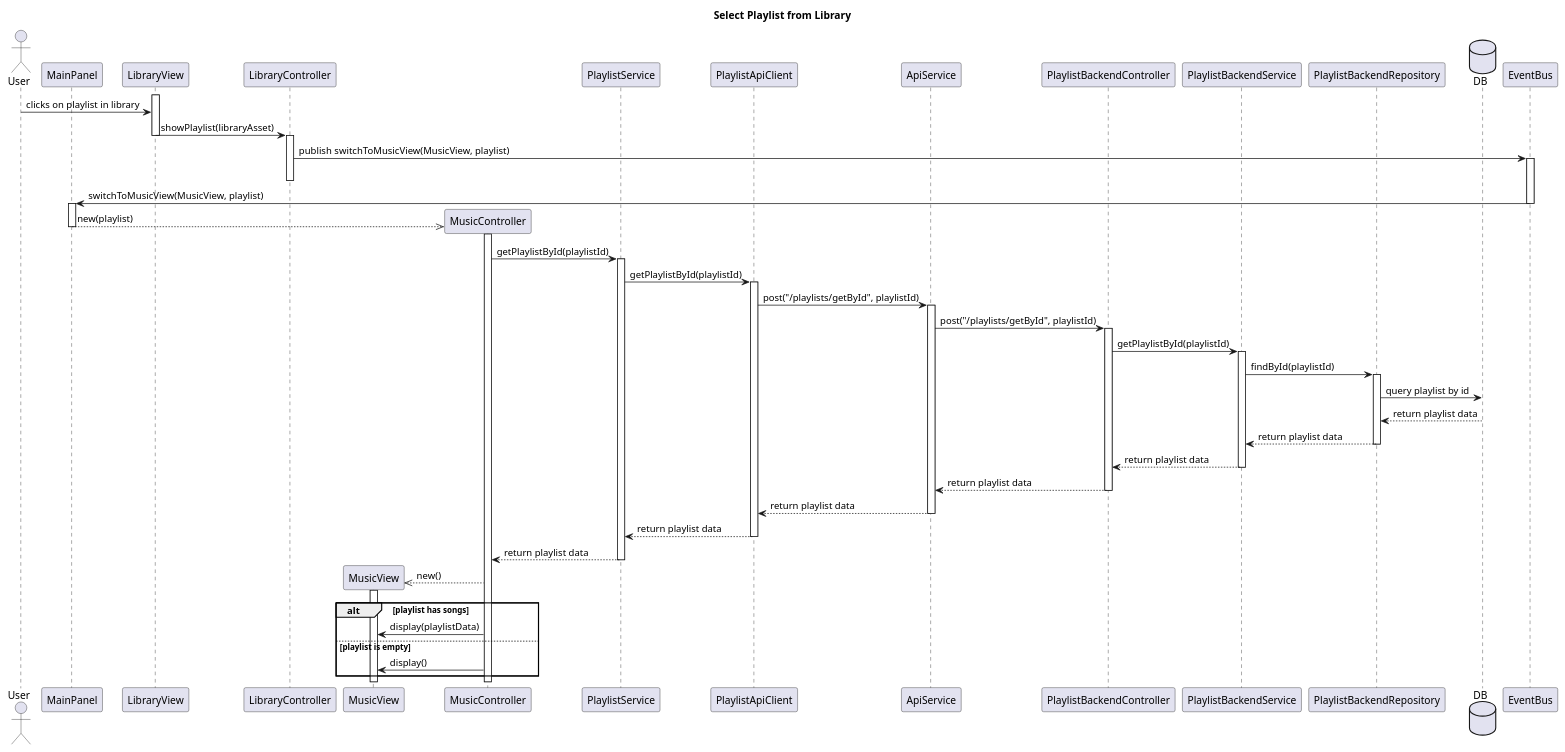
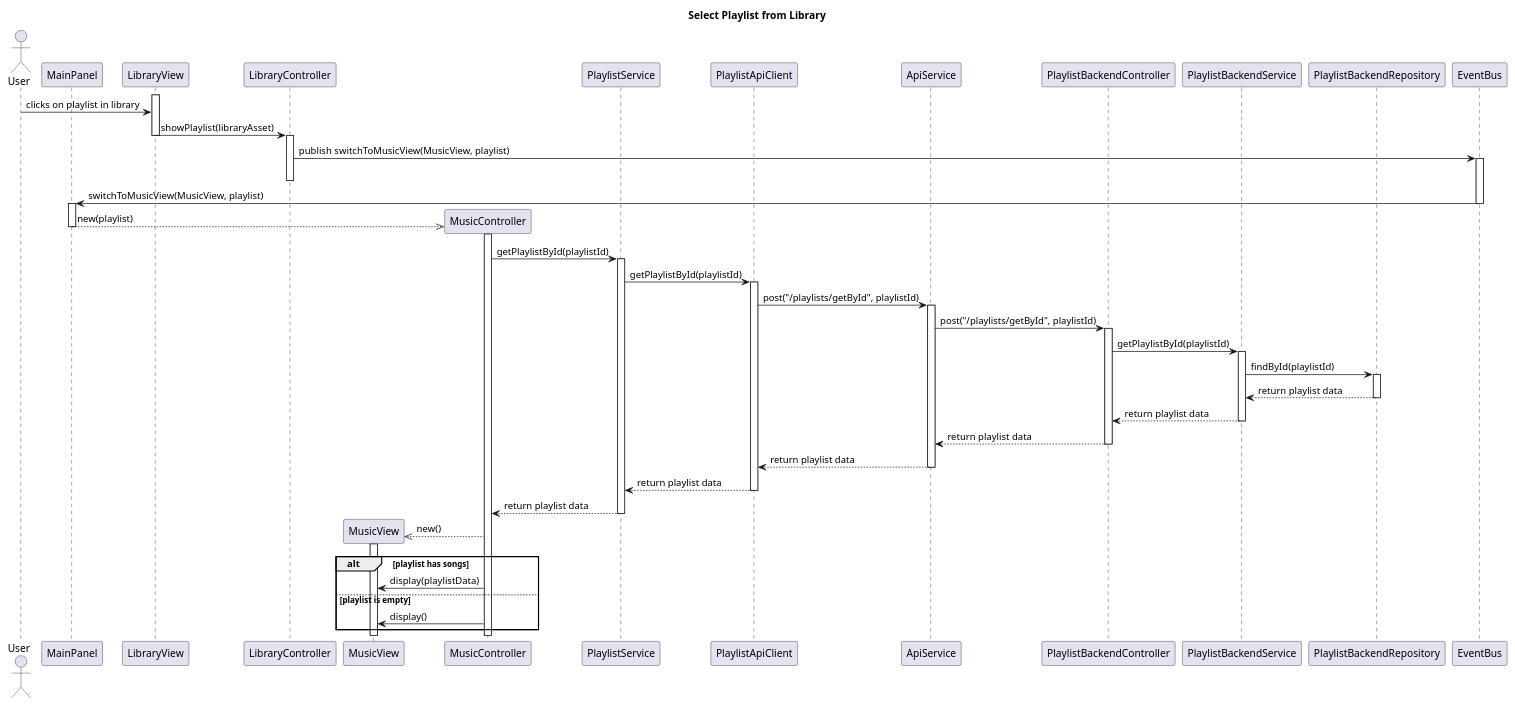
Before and after one commit to RubenKingCP/Tunix: the diagram in Paradoteo_4/SequenceDiagrams-v0.3/SelectPlaylistFromLibrary.puml, drawn with PlantUML. The commit also changed 39 other files, not shown here.

Commit message:
Updates to Sequence Diagrams-v0.3

```diff
--- a/Paradoteo_4/SequenceDiagrams-v0.3/SelectPlaylistFromLibrary.puml
+++ b/Paradoteo_4/SequenceDiagrams-v0.3/SelectPlaylistFromLibrary.puml
@@ -1,73 +1,70 @@
 @startuml SelectPlaylistFromLibrary
 
 title Select Playlist from Library
 
 actor User
 participant MainPanel
 participant LibraryView
 participant LibraryController
 participant MusicView
 participant MusicController
 participant PlaylistService
 participant PlaylistApiClient
 participant ApiService
 participant PlaylistBackendController
 participant PlaylistBackendService
 participant PlaylistBackendRepository
 
-database DB
 
 participant EventBus
 
 activate LibraryView
 User -> LibraryView : clicks on playlist in library
 LibraryView -> LibraryController : showPlaylist(libraryAsset)
 deactivate LibraryView
 activate LibraryController
 LibraryController -> EventBus : publish switchToMusicView(MusicView, playlist)
 activate EventBus
 deactivate LibraryController
 EventBus -> MainPanel : switchToMusicView(MusicView, playlist)
 deactivate EventBus
 activate MainPanel
 create MusicController
 MainPanel -->> MusicController : new(playlist)
 deactivate MainPanel
 activate MusicController
 MusicController -> PlaylistService : getPlaylistById(playlistId)
 activate PlaylistService
 PlaylistService -> PlaylistApiClient : getPlaylistById(playlistId)
 activate PlaylistApiClient
 PlaylistApiClient -> ApiService : post("/playlists/getById", playlistId)
 activate ApiService
 ApiService -> PlaylistBackendController : post("/playlists/getById", playlistId)
 activate PlaylistBackendController
 PlaylistBackendController -> PlaylistBackendService : getPlaylistById(playlistId)
 activate PlaylistBackendService
 PlaylistBackendService -> PlaylistBackendRepository : findById(playlistId)
 activate PlaylistBackendRepository
-PlaylistBackendRepository -> DB : query playlist by id
-DB --> PlaylistBackendRepository : return playlist data
 PlaylistBackendRepository --> PlaylistBackendService : return playlist data
 deactivate PlaylistBackendRepository
 PlaylistBackendService --> PlaylistBackendController : return playlist data
 deactivate PlaylistBackendService
 PlaylistBackendController --> ApiService : return playlist data
 deactivate PlaylistBackendController
 ApiService --> PlaylistApiClient : return playlist data
 deactivate ApiService
 PlaylistApiClient --> PlaylistService : return playlist data
 deactivate PlaylistApiClient
 PlaylistService --> MusicController : return playlist data
 deactivate PlaylistService
 create MusicView
 MusicController -->> MusicView : new()
 activate MusicView
 alt playlist has songs
     MusicController -> MusicView : display(playlistData)
 else playlist is empty
     MusicController -> MusicView : display()
 end
 
 
 @enduml
```
